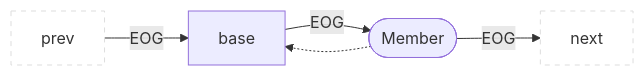
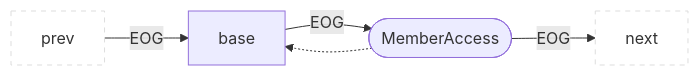
One commit to Fraunhofer-AISEC/cpg changed the seventh of 49 diagrams in docs/docs/CPG/specs/eog.md. Above: the diagram before and after it, drawn with Mermaid. The commit also changed other lines of this file and 110 other files, not shown here.

Commit message:
refactor: rename Construct→Construction, Member→MemberAccess, NewArray→ArrayConstruction, Subscript→Subscription, TypeId→TypeReference

````diff
--- a/docs/docs/CPG/specs/eog.md
+++ b/docs/docs/CPG/specs/eog.md
@@ -163,8 +163,8 @@
 ```mermaid
 flowchart LR
   classDef outer fill:#fff,stroke:#ddd,stroke-dasharray:5 5;
   prev:::outer --EOG--> child
-  parent(["Member"]) --EOG--> next:::outer
+  parent(["MemberAccess"]) --EOG--> next:::outer
   parent -.-> child["base"]
   child --EOG--> parent
 ```
````
